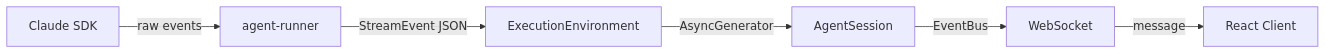
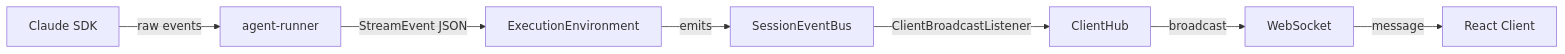
Before and after one commit to hhopkins95/ai-systems: the diagram in docs/system/streaming-and-events.md, drawn with Mermaid. The commit also changed other lines of this file and 6 other files, not shown here.

First line of the commit message:
Enhance documentation and architecture for session management and event handling

````diff
--- a/docs/system/streaming-and-events.md
+++ b/docs/system/streaming-and-events.md
@@ -16,8 +16,9 @@
 ```mermaid
 flowchart LR
     SDK[Claude SDK] -->|raw events| Runner[agent-runner]
     Runner -->|StreamEvent JSON| EE[ExecutionEnvironment]
-    EE -->|AsyncGenerator| Session[AgentSession]
-    Session -->|EventBus| WS[WebSocket]
+    EE -->|emits| SEB[SessionEventBus]
+    SEB -->|ClientBroadcastListener| CH[ClientHub]
+    CH -->|broadcast| WS[WebSocket]
     WS -->|message| Client[React Client]
 ```
````
